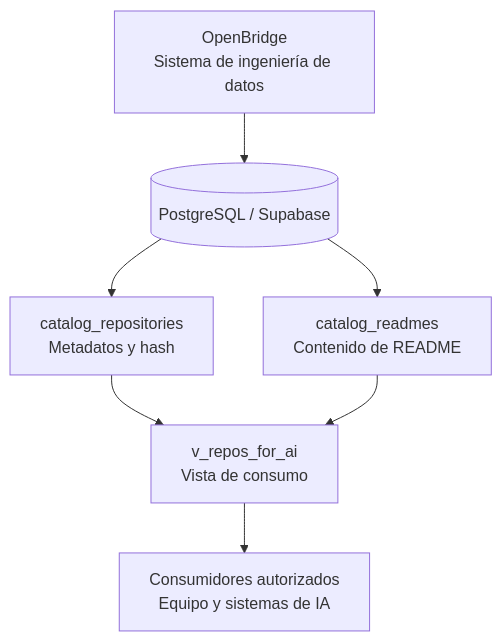
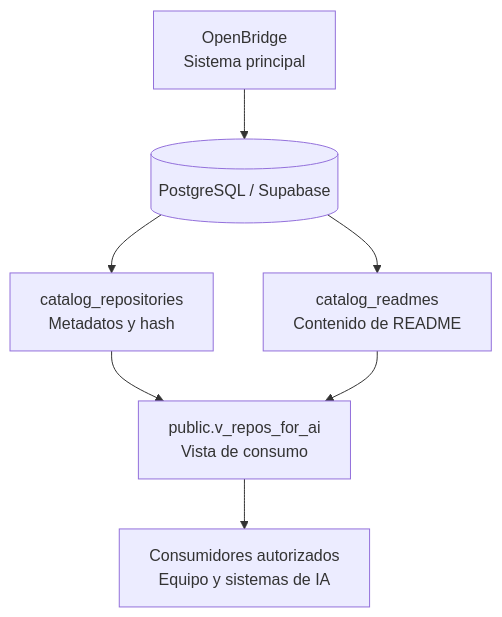
One commit to No-Country-simulation/S10_26_EQUIPO_29 changed the second of 3 diagrams in OpenBridge_Data.md. Above: the diagram before and after it, drawn with Mermaid. The commit also changed other lines of this file, not shown here.

````diff
--- a/OpenBridge_Data.md
+++ b/OpenBridge_Data.md
@@ -120,22 +160,20 @@
 ```mermaid
 flowchart TD
-    OB["OpenBridge<br/>Sistema de ingeniería de datos"]
+    OB["OpenBridge<br/>Sistema principal"]
 
     DB[("PostgreSQL / Supabase")]
 
     CR["catalog_repositories<br/>Metadatos y hash"]
     CM["catalog_readmes<br/>Contenido de README"]
 
-    VW["v_repos_for_ai<br/>Vista de consumo"]
+    VW["public.v_repos_for_ai<br/>Vista de consumo"]
 
     IA["Consumidores autorizados<br/>Equipo y sistemas de IA"]
 
     OB --> DB
     DB --> CR
     DB --> CM
-
     CR --> VW
     CM --> VW
-
     VW --> IA
 ```
````
